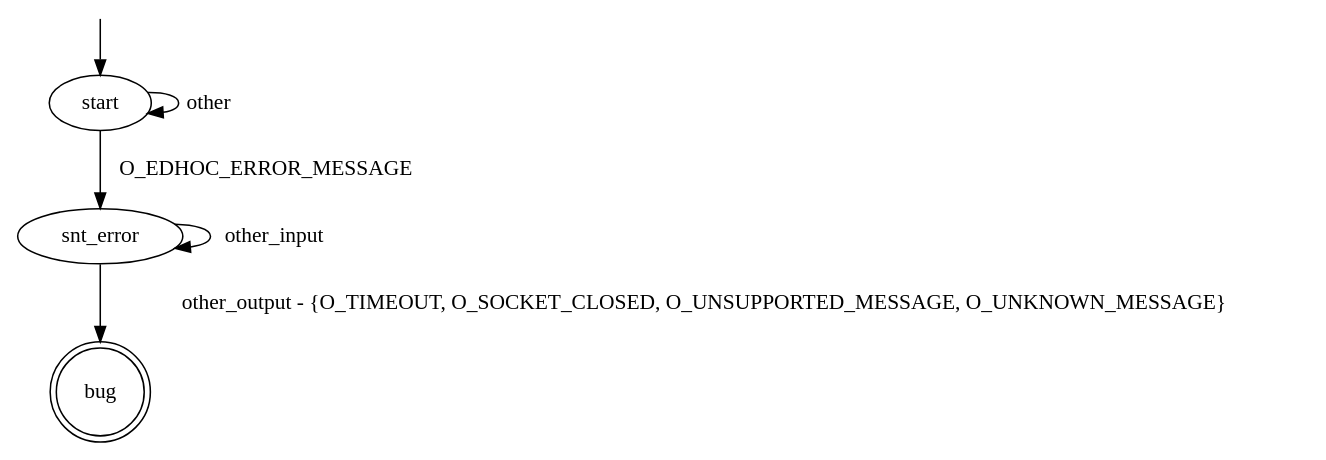
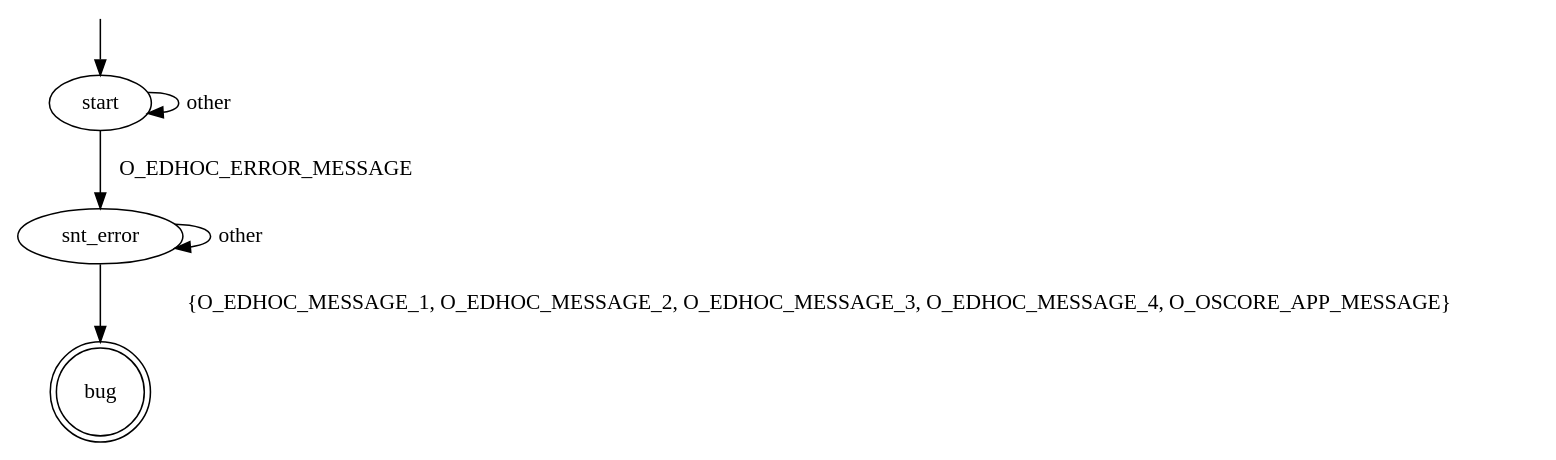
Before and after one commit to assist-project/state-machine-bug-finder: the diagram in src/main/resources/patterns/edhoc/client/IR_alive_after_sending_error_message.dot, drawn with Graphviz. The commit also changed 4 other files, not shown here.

```diff
--- a/src/main/resources/patterns/edhoc/client/IR_alive_after_sending_error_message.dot
+++ b/src/main/resources/patterns/edhoc/client/IR_alive_after_sending_error_message.dot
@@ -1,12 +1,12 @@
 digraph G {
 bug [shape="doublecircle"]
 
 start -> start [label="other"]
 start -> snt_error [label="O_EDHOC_ERROR_MESSAGE"]
 
-snt_error -> snt_error [label="other_input"]
-snt_error -> bug [label="other_output - {O_TIMEOUT, O_SOCKET_CLOSED, O_UNSUPPORTED_MESSAGE, O_UNKNOWN_MESSAGE}"]
+snt_error -> snt_error [label="other"]
+snt_error -> bug [label="{O_EDHOC_MESSAGE_1, O_EDHOC_MESSAGE_2, O_EDHOC_MESSAGE_3, O_EDHOC_MESSAGE_4, O_OSCORE_APP_MESSAGE}"]
 
 __start0 [label="" shape="none" width="0" height="0"];
 __start0 -> start;
 }
```
